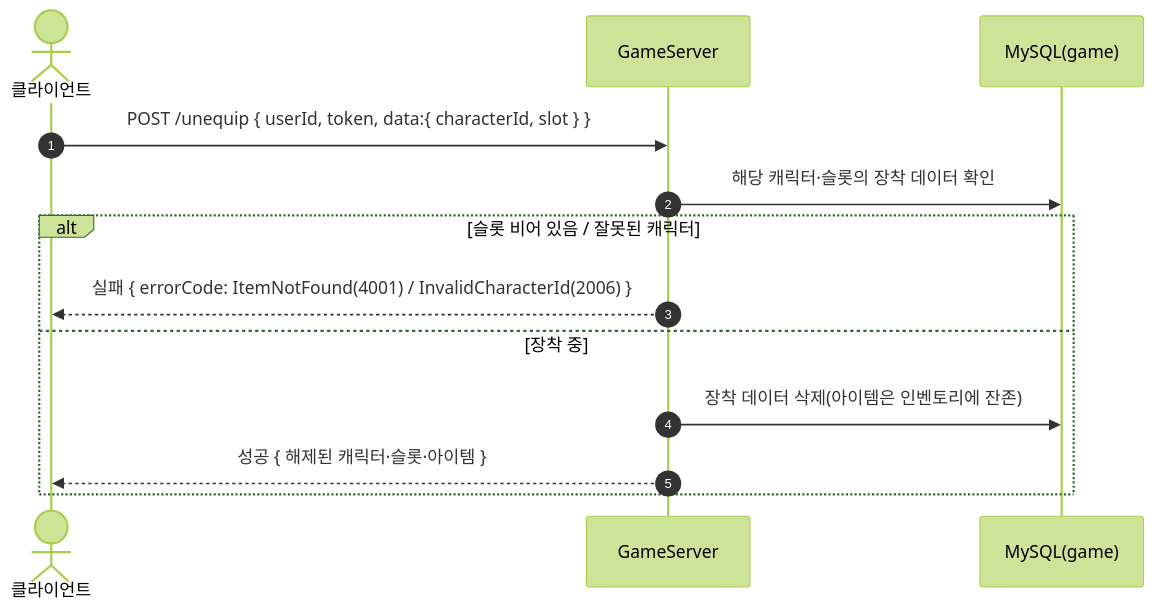
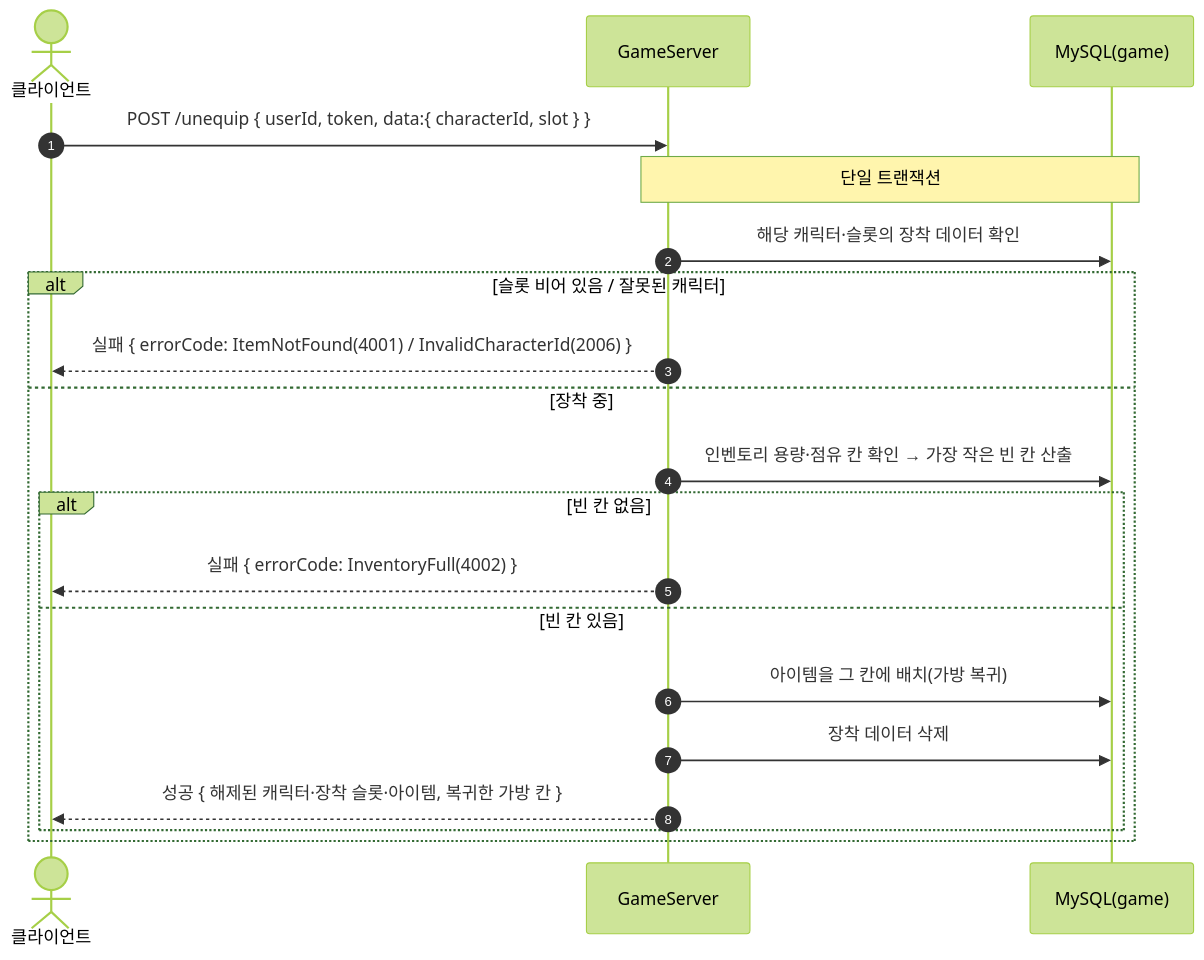
Before and after one commit to ks-wook/com2us-taskbar-hero: diagram 12 of 32 in SequenceDiagram/README.md, drawn with Mermaid (forest theme). The commit also changed other lines of this file and 33 other files, not shown here.

````diff
--- a/SequenceDiagram/README.md
+++ b/SequenceDiagram/README.md
@@ -348,16 +382,23 @@
 ```mermaid
 sequenceDiagram
     autonumber
     actor C as 클라이언트
     participant S as GameServer
     participant DB as MySQL(game)
 
     C->>S: POST /unequip { userId, token, data:{ characterId, slot } }
+    Note over S,DB: 단일 트랜잭션
     S->>DB: 해당 캐릭터·슬롯의 장착 데이터 확인
     alt 슬롯 비어 있음 / 잘못된 캐릭터
         S-->>C: 실패 { errorCode: ItemNotFound(4001) / InvalidCharacterId(2006) }
     else 장착 중
-        S->>DB: 장착 데이터 삭제(아이템은 인벤토리에 잔존)
-        S-->>C: 성공 { 해제된 캐릭터·슬롯·아이템 }
+        S->>DB: 인벤토리 용량·점유 칸 확인 → 가장 작은 빈 칸 산출
+        alt 빈 칸 없음
+            S-->>C: 실패 { errorCode: InventoryFull(4002) }
+        else 빈 칸 있음
+            S->>DB: 아이템을 그 칸에 배치(가방 복귀)
+            S->>DB: 장착 데이터 삭제
+            S-->>C: 성공 { 해제된 캐릭터·장착 슬롯·아이템, 복귀한 가방 칸 }
+        end
     end
 ```
````
